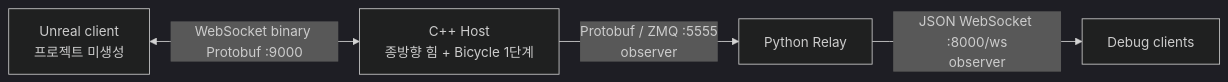
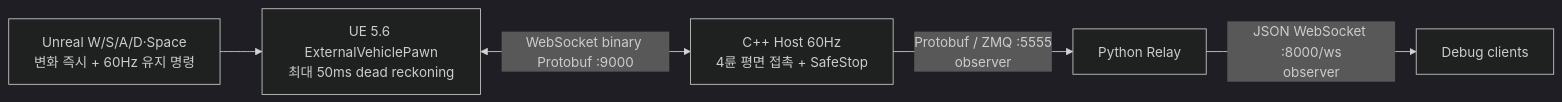
The first of 4 diagrams in docs/03_architecture.md (GonoBae/Drive_Integration), drawn with Mermaid (dark theme) before and after one commit. The commit also changed other lines of this file and 36 other files, not shown here.

````diff
--- a/docs/03_architecture.md
+++ b/docs/03_architecture.md
@@ -25,6 +26,7 @@
 ```mermaid
 flowchart LR
-    UE["Unreal client\n프로젝트 미생성"] <-->|"WebSocket binary Protobuf :9000"| CPP["C++ Host\n종방향 힘 + Bicycle 1단계"]
+    INPUT["Unreal W/S/A/D·Space\n변화 즉시 + 60Hz 유지 명령"] --> UE["UE 5.6 ExternalVehiclePawn\n최대 50ms dead reckoning"]
+    UE <-->|"WebSocket binary Protobuf :9000"| CPP["C++ Host 60Hz\n4륜 평면 접촉 + SafeStop"]
     CPP -->|"Protobuf / ZMQ :5555\nobserver"| PY["Python Relay"]
     PY -->|"JSON WebSocket :8000/ws\nobserver"| DBG["Debug clients"]
 ```
````
